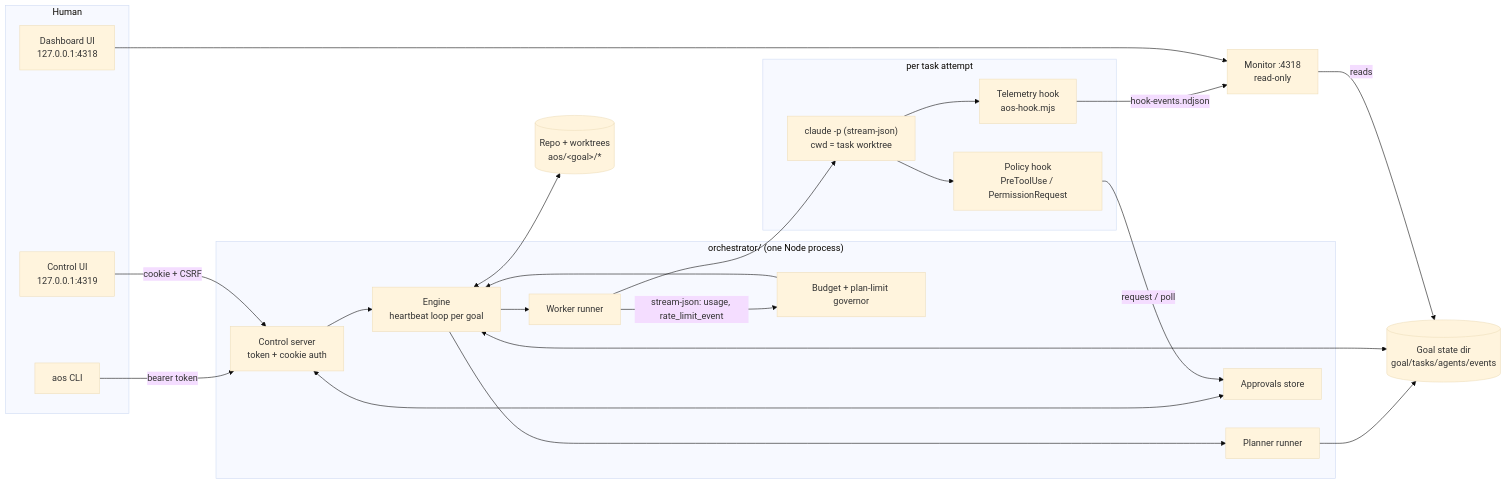
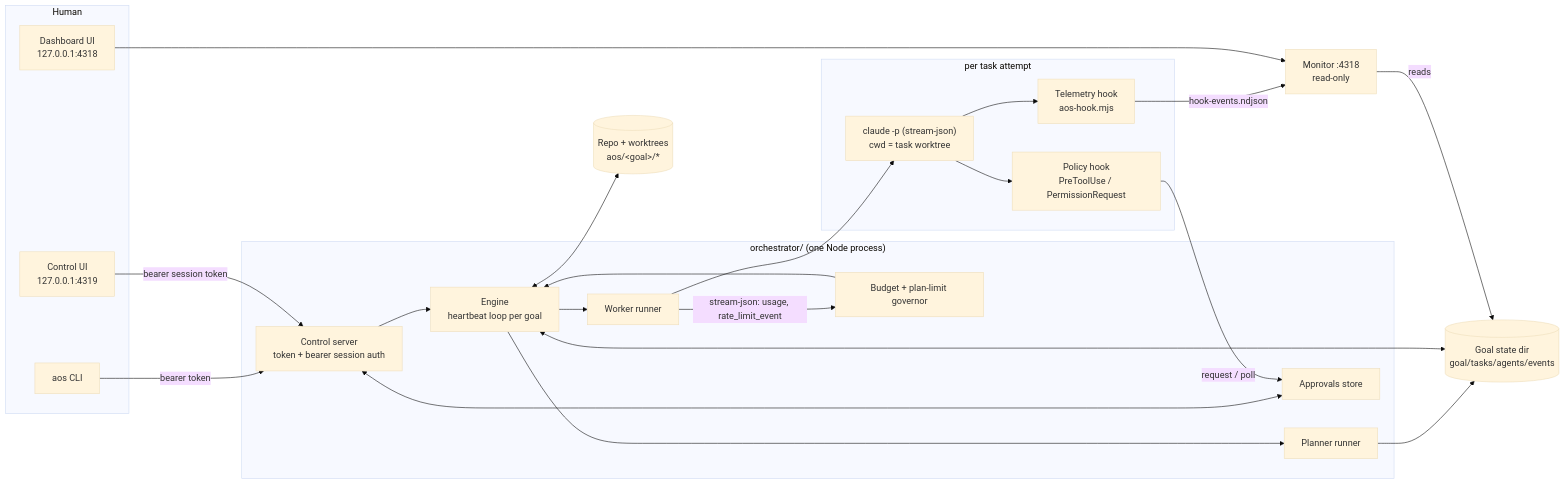
One commit to tomtomsatnav/aos-orchestrator changed the first of 2 diagrams in docs/orchestrator-design.md. Above: the diagram before and after it, drawn with Mermaid (base theme). The commit also changed other lines of this file, not shown here.

Commit message:
Design doc: describe the bearer-session auth that is implemented

````diff
--- a/docs/orchestrator-design.md
+++ b/docs/orchestrator-design.md
@@ -25,38 +25,38 @@
 ```mermaid
 flowchart LR
   subgraph Human
     CLI[aos CLI]
     CUI[Control UI<br/>127.0.0.1:4319]
     DUI[Dashboard UI<br/>127.0.0.1:4318]
   end
   subgraph Orchestrator["orchestrator/ (one Node process)"]
-    CS[Control server<br/>token + cookie auth]
+    CS[Control server<br/>token + bearer session auth]
     ENG[Engine<br/>heartbeat loop per goal]
     PLN[Planner runner]
     RUN[Worker runner]
     GOV[Budget + plan-limit governor]
     APR[Approvals store]
   end
   subgraph Worker["per task attempt"]
     CL["claude -p (stream-json)<br/>cwd = task worktree"]
     POL[Policy hook<br/>PreToolUse / PermissionRequest]
     TEL[Telemetry hook<br/>aos-hook.mjs]
   end
   ST[(Goal state dir<br/>goal/tasks/agents/events)]
   GIT[(Repo + worktrees<br/>aos/&lt;goal&gt;/*)]
   MON[Monitor :4318<br/>read-only]
 
   CLI -- bearer token --> CS
-  CUI -- cookie + CSRF --> CS
+  CUI -- bearer session token --> CS
   CS --> ENG
   CS <--> APR
   ENG --> PLN --> ST
   ENG --> RUN --> CL
   CL --> POL -- request / poll --> APR
   CL --> TEL -- hook-events.ndjson --> MON
   RUN -- stream-json: usage, rate_limit_event --> GOV --> ENG
   ENG <--> ST
   ENG <--> GIT
   MON -- reads --> ST
   DUI --> MON
 ```
````
